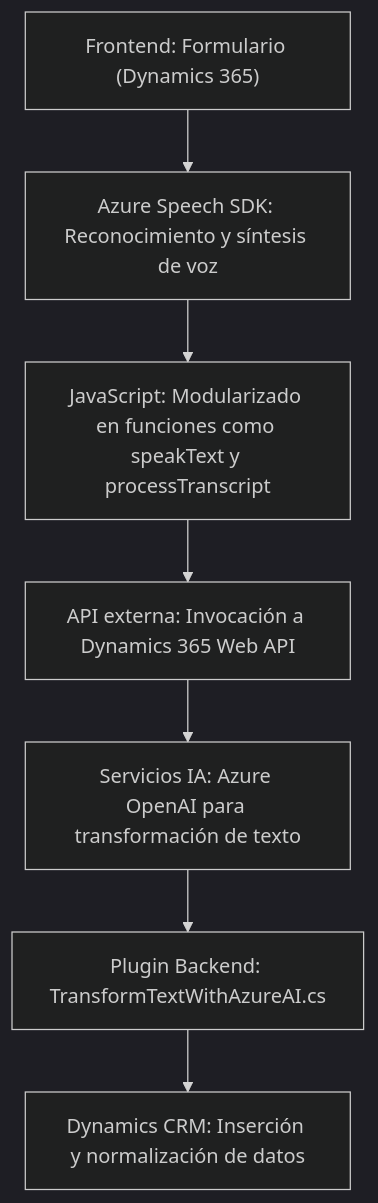
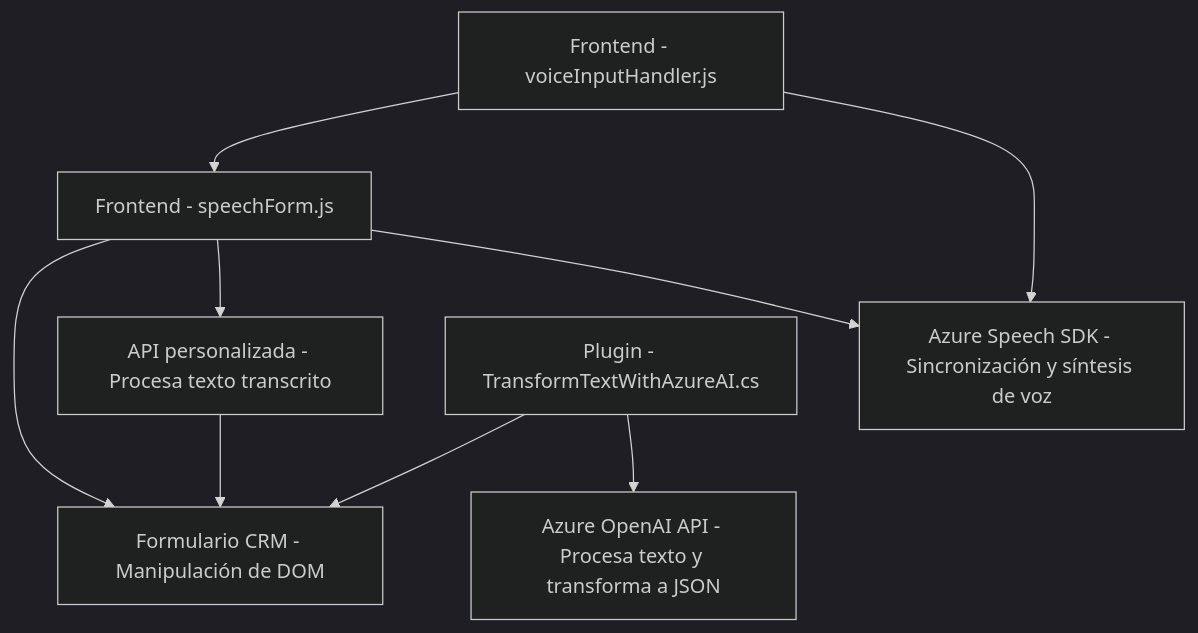
Before and after one commit to blopezdm/NETCORE_BILBAO2025: the diagram in README.md, drawn with Mermaid (dark theme). The commit also changed other lines of this file, not shown here.

````diff
--- a/README.md
+++ b/README.md
@@ -40,9 +36,12 @@
 ```mermaid
 graph TD
-    A["Frontend: Formulario (Dynamics 365)"] --> B["Azure Speech SDK: Reconocimiento y síntesis de voz"]
-    B --> C["JavaScript: Modularizado en funciones como speakText y processTranscript"]
-    C --> D["API externa: Invocación a Dynamics 365 Web API"]
-    D --> E["Servicios IA: Azure OpenAI para transformación de texto"]
-    E --> F["Plugin Backend: TransformTextWithAzureAI.cs"]
-    F --> G["Dynamics CRM: Inserción y normalización de datos"]
+  A["Frontend - voiceInputHandler.js"] --> B["Azure Speech SDK - Sincronización y síntesis de voz"]
+  A --> C["Frontend - speechForm.js"]
+  C --> B
+  C --> D["API personalizada - Procesa texto transcrito"]
+  C --> G["Formulario CRM - Manipulación de DOM"]
+
+  E["Plugin - TransformTextWithAzureAI.cs"] --> F["Azure OpenAI API - Procesa texto y transforma a JSON"]
+  E --> G
+  D --> G
 ```
````
